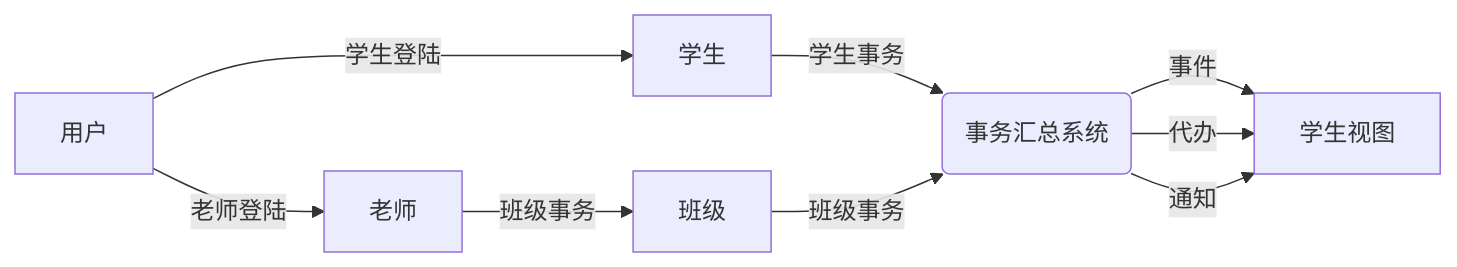
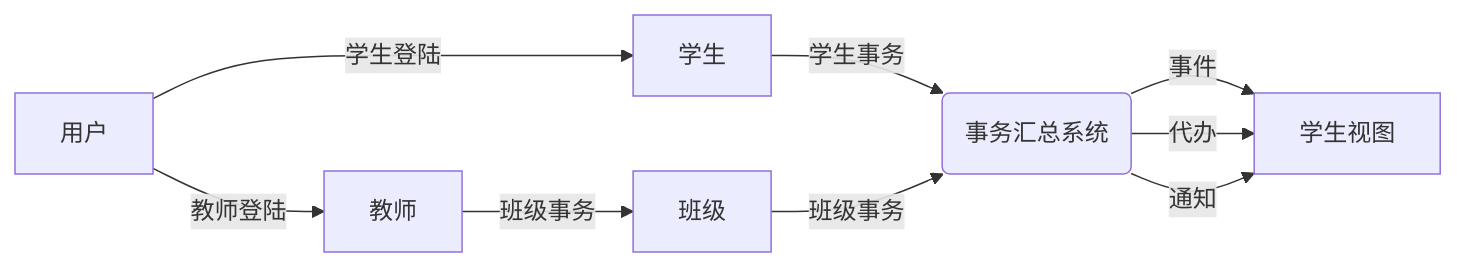
Before and after one commit to Group-Lynx/grid: the diagram in doc/need-anal/func-lv1.mmd, drawn with Mermaid. The commit also changed 5 other files, not shown here.

```diff
--- a/doc/need-anal/func-lv1.mmd
+++ b/doc/need-anal/func-lv1.mmd
@@ -1,15 +1,15 @@
 flowchart LR
     User["用户"]
     Student["学生"]
-    Teacher["老师"]
+    Teacher["教师"]
     Class["班级"]
     StudentView["学生视图"]
     EventCenter("事务汇总系统")
 
     User -->|"学生登陆"| Student
-    User -->|"老师登陆"| Teacher
+    User -->|"教师登陆"| Teacher
     Student -->|"学生事务"| EventCenter 
     Teacher -->|"班级事务"| Class -->|"班级事务"| EventCenter
     EventCenter -->|"事件"| StudentView
     EventCenter -->|"代办"| StudentView
     EventCenter -->|"通知"| StudentView
```
